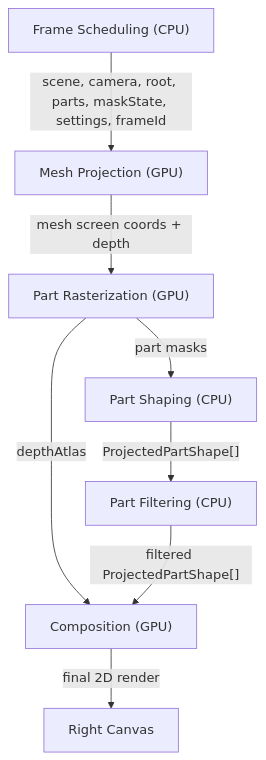
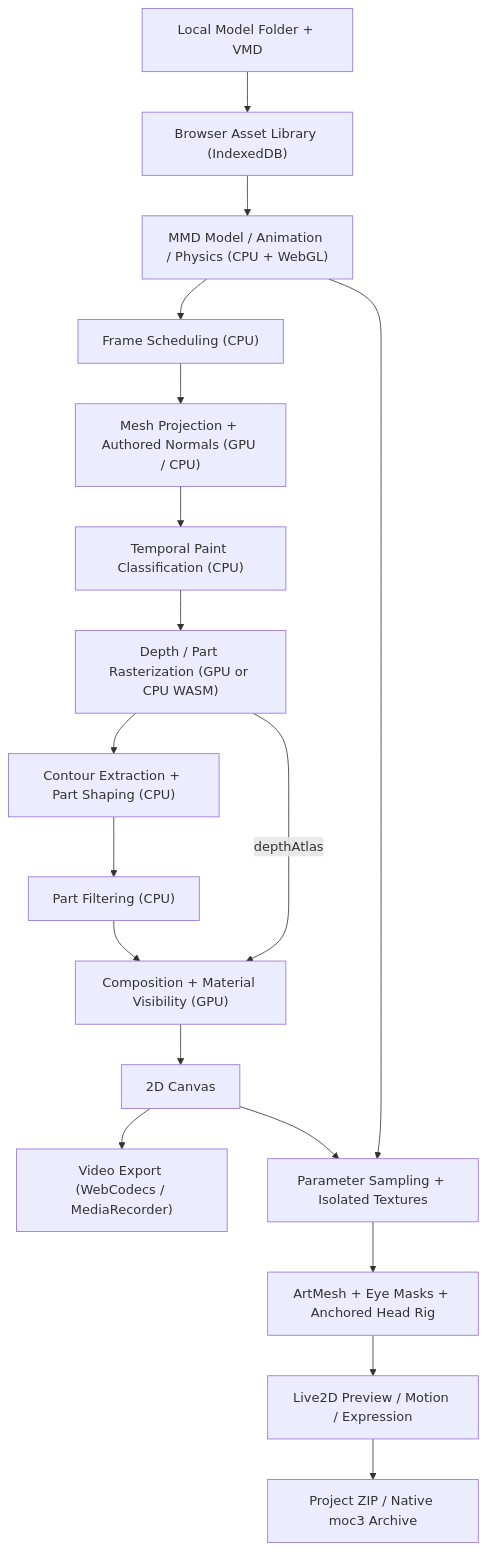
Before and after one commit to ANGJustinl/3Dto2Dshape: the diagram in README.md, drawn with Mermaid. The commit also changed other lines of this file and 94 other files, not shown here.

````diff
--- a/README.md
+++ b/README.md
@@ -3,18 +78,27 @@
 ```mermaid
 flowchart TD
-    A["Frame Scheduling (CPU)"]
-    B["Mesh Projection (GPU)"]
-    C["Part Rasterization (GPU)"]
-    D["Part Shaping (CPU)"]
-    E["Part Filtering (CPU)"]
-    F["Composition (GPU)"]
-    G["Right Canvas"]
+    Local["Local Model Folder + VMD"]
+    Library["Browser Asset Library (IndexedDB)"]
+    Scene["MMD Model / Animation / Physics (CPU + WebGL)"]
+    Schedule["Frame Scheduling (CPU)"]
+    Projection["Mesh Projection + Authored Normals (GPU / CPU)"]
+    Paint["Temporal Paint Classification (CPU)"]
+    Raster["Depth / Part Rasterization (GPU or CPU WASM)"]
+    Shape["Contour Extraction + Part Shaping (CPU)"]
+    Filter["Part Filtering (CPU)"]
+    Compose["Composition + Material Visibility (GPU)"]
+    Canvas["2D Canvas"]
+    Video["Video Export (WebCodecs / MediaRecorder)"]
+    Bake["Parameter Sampling + Isolated Textures"]
+    Rig["ArtMesh + Eye Masks + Anchored Head Rig"]
+    Preview["Live2D Preview / Motion / Expression"]
+    Files["Project ZIP / Native moc3 Archive"]
 
-    A -->|"scene, camera, root, parts, maskState, settings, frameId"| B
-    B -->|"mesh screen coords + depth"| C
-    C -->|"part masks"| D
-    C -->|"depthAtlas"| F
-    D -->|"ProjectedPartShape[]"| E
-    E -->|"filtered ProjectedPartShape[]"| F
-    F -->|"final 2D render"| G
+    Local --> Library --> Scene --> Schedule --> Projection --> Paint --> Raster
+    Raster --> Shape --> Filter --> Compose --> Canvas
+    Raster -->|"depthAtlas"| Compose
+    Canvas --> Video
+    Scene --> Bake
+    Canvas --> Bake
+    Bake --> Rig --> Preview --> Files
 ```
````
